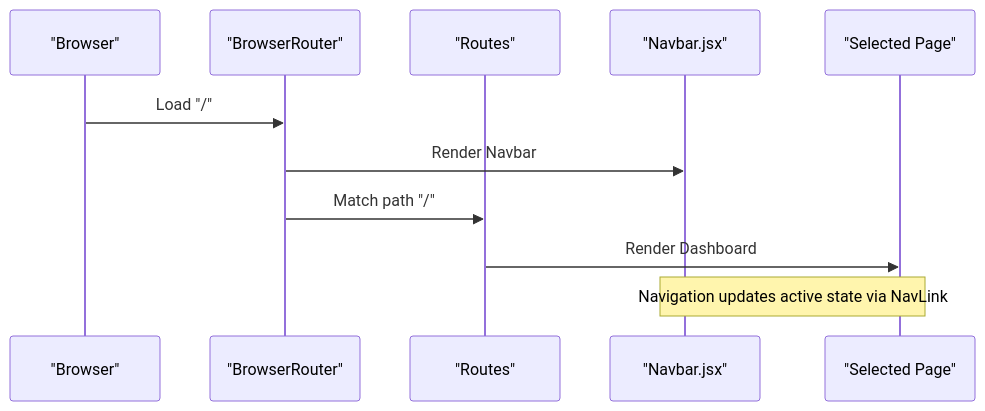
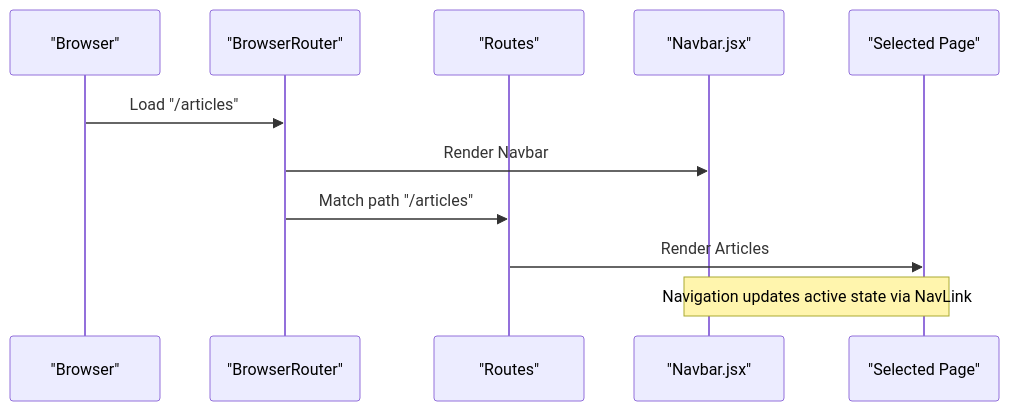
The third of 11 diagrams in .qoder/repowiki/en/content/Frontend Architecture/React Application Structure.md (ishwarambare/ishwarambare-app), drawn with Mermaid before and after one commit. The commit also changed other lines of this file and 10 other files, not shown here.

````diff
--- a/.qoder/repowiki/en/content/Frontend Architecture/React Application Structure.md
+++ b/.qoder/repowiki/en/content/Frontend Architecture/React Application Structure.md
@@ -230,13 +280,13 @@
 ```mermaid
 sequenceDiagram
 participant Browser as "Browser"
 participant Router as "BrowserRouter"
 participant Routes as "Routes"
 participant Nav as "Navbar.jsx"
 participant Page as "Selected Page"
-Browser->>Router : Load "/"
+Browser->>Router : Load "/articles"
 Router->>Nav : Render Navbar
-Router->>Routes : Match path "/"
-Routes->>Page : Render Dashboard
+Router->>Routes : Match path "/articles"
+Routes->>Page : Render Articles
 Note over Nav,Page : Navigation updates active state via NavLink
 ```
````
